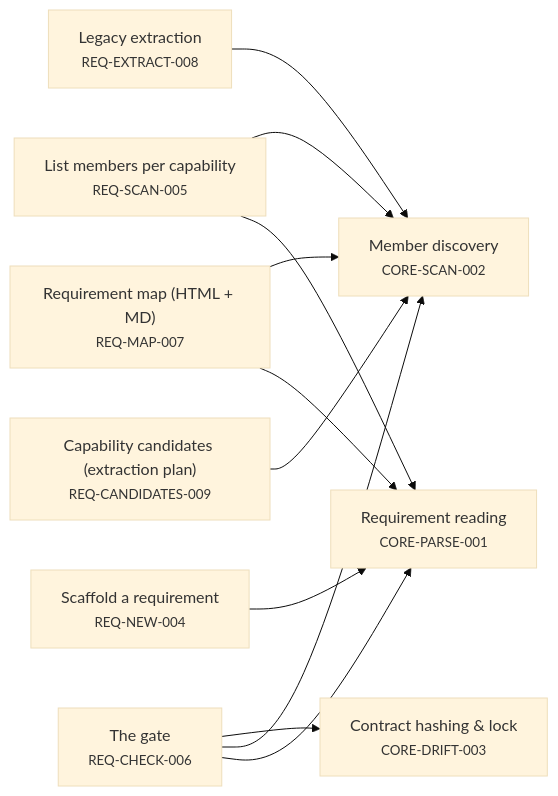
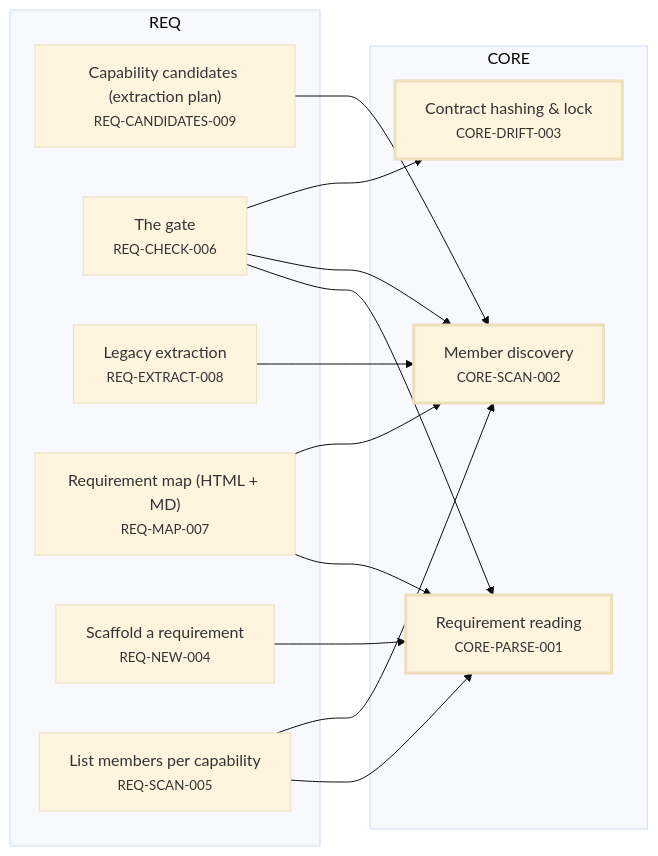
One commit to alxmax/Requirement-manager changed the fourth of 5 diagrams in plugin/requirements/_map.md. Above: the diagram before and after it, drawn with Mermaid (base theme). The commit also changed other lines of this file and 3 other files, not shown here.

````diff
--- a/plugin/requirements/_map.md
+++ b/plugin/requirements/_map.md
@@ -134,22 +134,29 @@
 ```mermaid
 graph LR
-  REQ_CANDIDATES_009["Capability candidates (extraction plan)<br><small>REQ-CANDIDATES-009</small>"]
-  CORE_SCAN_002["Member discovery<br><small>CORE-SCAN-002</small>"]
+  subgraph sg_CORE["CORE"]
+    CORE_DRIFT_003["Contract hashing & lock<br><small>CORE-DRIFT-003</small>"]
+    CORE_PARSE_001["Requirement reading<br><small>CORE-PARSE-001</small>"]
+    CORE_SCAN_002["Member discovery<br><small>CORE-SCAN-002</small>"]
+  end
+  subgraph sg_REQ["REQ"]
+    REQ_CANDIDATES_009["Capability candidates (extraction plan)<br><small>REQ-CANDIDATES-009</small>"]
+    REQ_CHECK_006["The gate<br><small>REQ-CHECK-006</small>"]
+    REQ_EXTRACT_008["Legacy extraction<br><small>REQ-EXTRACT-008</small>"]
+    REQ_MAP_007["Requirement map (HTML + MD)<br><small>REQ-MAP-007</small>"]
+    REQ_NEW_004["Scaffold a requirement<br><small>REQ-NEW-004</small>"]
+    REQ_SCAN_005["List members per capability<br><small>REQ-SCAN-005</small>"]
+  end
   REQ_CANDIDATES_009 --> CORE_SCAN_002
-  REQ_CHECK_006["The gate<br><small>REQ-CHECK-006</small>"]
-  CORE_PARSE_001["Requirement reading<br><small>CORE-PARSE-001</small>"]
   REQ_CHECK_006 --> CORE_PARSE_001
   REQ_CHECK_006 --> CORE_SCAN_002
-  CORE_DRIFT_003["Contract hashing & lock<br><small>CORE-DRIFT-003</small>"]
   REQ_CHECK_006 --> CORE_DRIFT_003
-  REQ_EXTRACT_008["Legacy extraction<br><small>REQ-EXTRACT-008</small>"]
   REQ_EXTRACT_008 --> CORE_SCAN_002
-  REQ_MAP_007["Requirement map (HTML + MD)<br><small>REQ-MAP-007</small>"]
   REQ_MAP_007 --> CORE_PARSE_001
   REQ_MAP_007 --> CORE_SCAN_002
-  REQ_NEW_004["Scaffold a requirement<br><small>REQ-NEW-004</small>"]
   REQ_NEW_004 --> CORE_PARSE_001
-  REQ_SCAN_005["List members per capability<br><small>REQ-SCAN-005</small>"]
   REQ_SCAN_005 --> CORE_PARSE_001
   REQ_SCAN_005 --> CORE_SCAN_002
+  style CORE_DRIFT_003 stroke-width:3px
+  style CORE_PARSE_001 stroke-width:3px
+  style CORE_SCAN_002 stroke-width:3px
 ```
````
